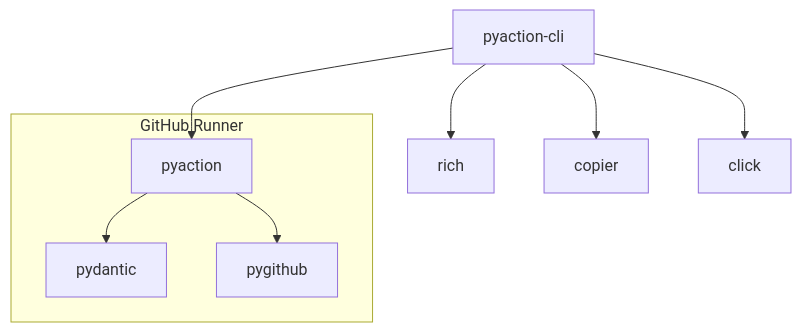
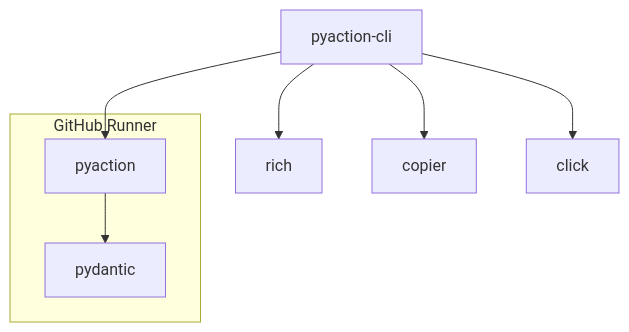
One commit to lnxpy/pyaction changed the diagram in README.md. Above: the diagram before and after it, drawn with Mermaid.

Commit message:
graph updated

````diff
--- a/README.md
+++ b/README.md
@@ -39,11 +39,11 @@
 ```mermaid
 flowchart TB
    subgraph GitHub Runner
       pyaction-->pydantic;
-      pyaction-->pygithub;
+
    end
    pc[pyaction-cli]-->pyaction;
    pc[pyaction-cli]-->rich;
    pc[pyaction-cli]-->copier;
    pc[pyaction-cli]-->_[click];
 ```
````
